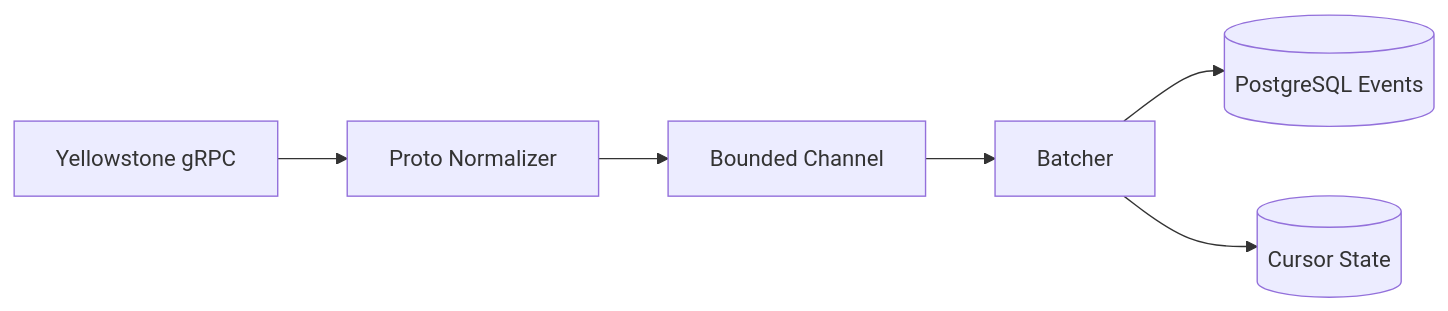
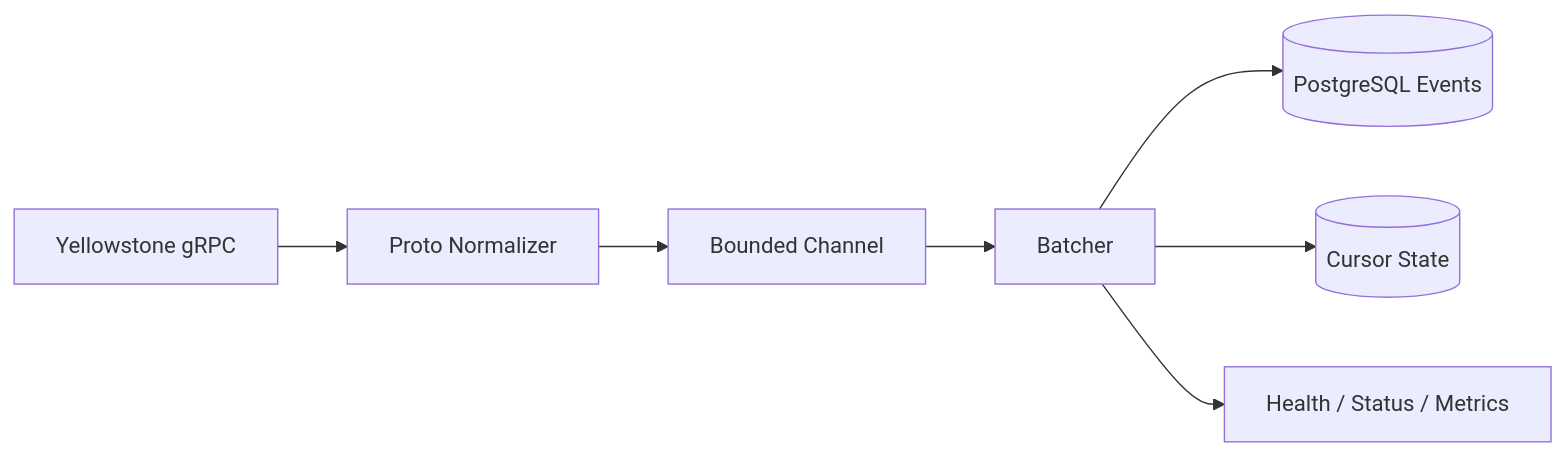
Before and after one commit to maksim-dzhigil/solana-yellowstone-stream-processor: the second of 2 diagrams in README.md, drawn with Mermaid. The commit also changed other lines of this file and 3 other files, not shown here.

````diff
--- a/README.md
+++ b/README.md
@@ -22,8 +22,9 @@
 ```mermaid
 flowchart LR
     Y[Yellowstone gRPC] --> N[Proto Normalizer]
     N --> C[Bounded Channel]
     C --> B[Batcher]
     B --> P[(PostgreSQL Events)]
     B --> CUR[(Cursor State)]
+    B --> H[Health / Status / Metrics]
 ```
````
